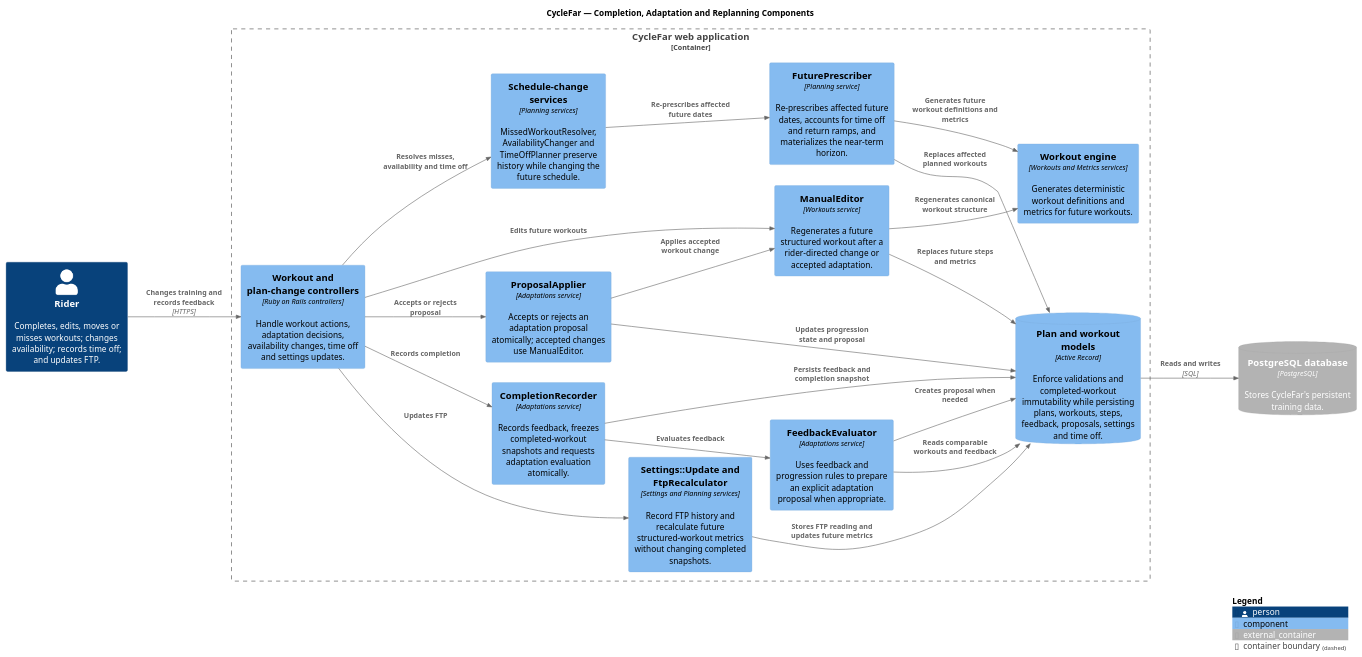
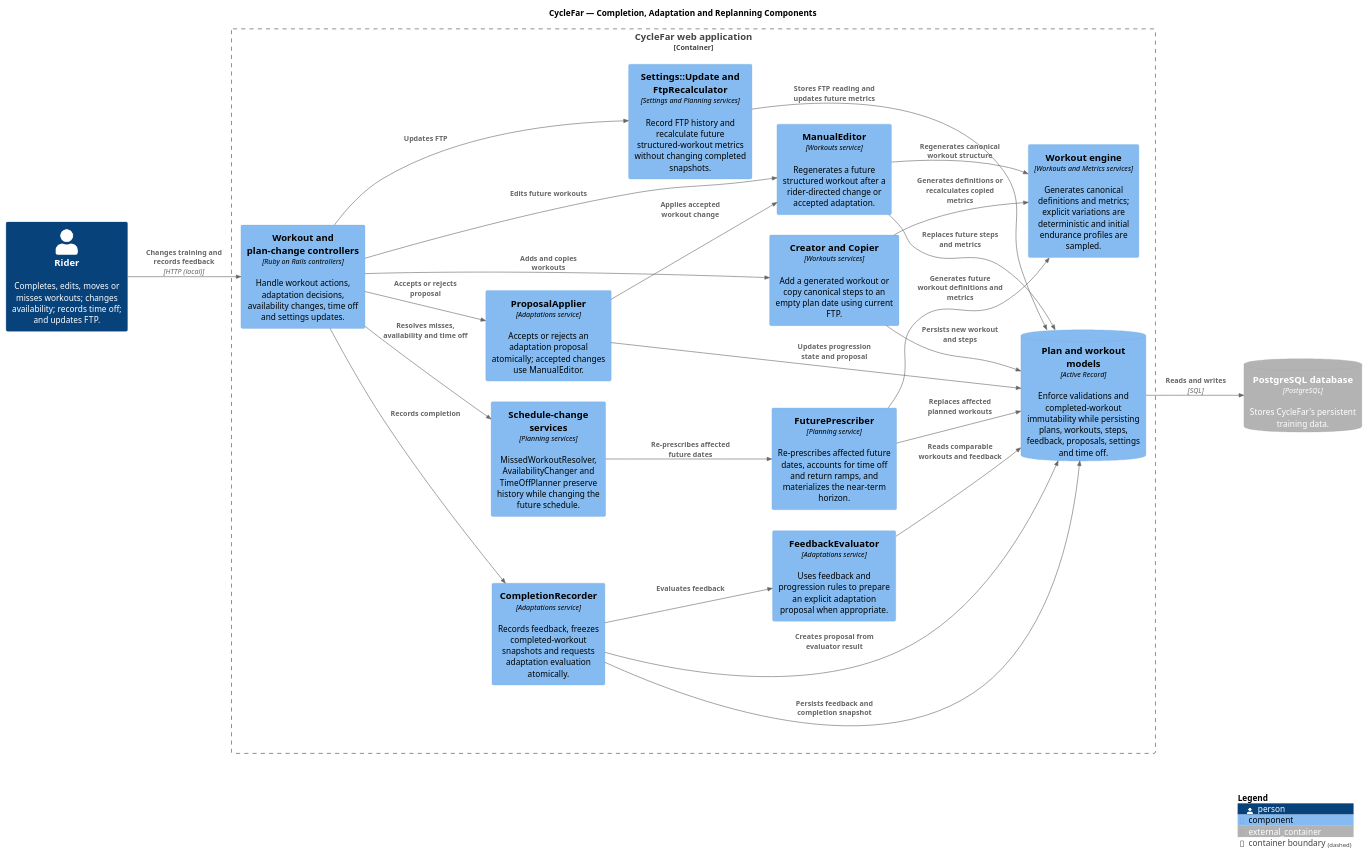
One commit to richardhartme/cyclefar changed the diagram in docs/diagrams/cyclefar-plan-change-components.puml. Above: the diagram before and after it, drawn with PlantUML. The commit also changed 18 other files, not shown here.

```diff
--- a/docs/diagrams/cyclefar-plan-change-components.puml
+++ b/docs/diagrams/cyclefar-plan-change-components.puml
@@ -1,45 +1,49 @@
 @startuml CycleFar Plan Change Components
 !include https://raw.githubusercontent.com/plantuml-stdlib/C4-PlantUML/master/C4_Component.puml
 
 title CycleFar — Completion, Adaptation and Replanning Components
 
 LAYOUT_LEFT_RIGHT()
 
 Person(rider, "Rider", "Completes, edits, moves or misses workouts; changes availability; records time off; and updates FTP.")
 ContainerDb_Ext(database, "PostgreSQL database", "PostgreSQL", "Stores CycleFar's persistent training data.")
 
 Container_Boundary(web_application, "CycleFar web application") {
   Component(controllers, "Workout and plan-change controllers", "Ruby on Rails controllers", "Handle workout actions, adaptation decisions, availability changes, time off and settings updates.")
   Component(editor, "ManualEditor", "Workouts service", "Regenerates a future structured workout after a rider-directed change or accepted adaptation.")
+  Component(manual_creation, "Creator and Copier", "Workouts services", "Add a generated workout or copy canonical steps to an empty plan date using current FTP.")
   Component(completion, "CompletionRecorder", "Adaptations service", "Records feedback, freezes completed-workout snapshots and requests adaptation evaluation atomically.")
   Component(evaluator, "FeedbackEvaluator", "Adaptations service", "Uses feedback and progression rules to prepare an explicit adaptation proposal when appropriate.")
   Component(proposals, "ProposalApplier", "Adaptations service", "Accepts or rejects an adaptation proposal atomically; accepted changes use ManualEditor.")
   Component(schedule_changes, "Schedule-change services", "Planning services", "MissedWorkoutResolver, AvailabilityChanger and TimeOffPlanner preserve history while changing the future schedule.")
   Component(prescriber, "FuturePrescriber", "Planning service", "Re-prescribes affected future dates, accounts for time off and return ramps, and materializes the near-term horizon.")
   Component(ftp, "Settings::Update and FtpRecalculator", "Settings and Planning services", "Record FTP history and recalculate future structured-workout metrics without changing completed snapshots.")
-  Component(engine, "Workout engine", "Workouts and Metrics services", "Generates deterministic workout definitions and metrics for future workouts.")
+  Component(engine, "Workout engine", "Workouts and Metrics services", "Generates canonical definitions and metrics; explicit variations are deterministic and initial endurance profiles are sampled.")
   ComponentDb(models, "Plan and workout models", "Active Record", "Enforce validations and completed-workout immutability while persisting plans, workouts, steps, feedback, proposals, settings and time off.")
 }
 
-Rel(rider, controllers, "Changes training and records feedback", "HTTPS")
+Rel(rider, controllers, "Changes training and records feedback", "HTTP (local)")
 Rel(controllers, editor, "Edits future workouts")
+Rel(controllers, manual_creation, "Adds and copies workouts")
+Rel(manual_creation, engine, "Generates definitions or recalculates copied metrics")
+Rel(manual_creation, models, "Persists new workout and steps")
 Rel(controllers, completion, "Records completion")
 Rel(completion, evaluator, "Evaluates feedback")
 Rel(completion, models, "Persists feedback and completion snapshot")
 Rel(evaluator, models, "Reads comparable workouts and feedback")
-Rel(evaluator, models, "Creates proposal when needed")
+Rel(completion, models, "Creates proposal from evaluator result")
 Rel(controllers, proposals, "Accepts or rejects proposal")
 Rel(proposals, editor, "Applies accepted workout change")
 Rel(proposals, models, "Updates progression state and proposal")
 Rel(controllers, schedule_changes, "Resolves misses, availability and time off")
 Rel(schedule_changes, prescriber, "Re-prescribes affected future dates")
 Rel(prescriber, engine, "Generates future workout definitions and metrics")
 Rel(prescriber, models, "Replaces affected planned workouts")
 Rel(controllers, ftp, "Updates FTP")
 Rel(ftp, models, "Stores FTP reading and updates future metrics")
 Rel(editor, engine, "Regenerates canonical workout structure")
 Rel(editor, models, "Replaces future steps and metrics")
 Rel(models, database, "Reads and writes", "SQL")
 
 SHOW_LEGEND()
 @enduml
```
